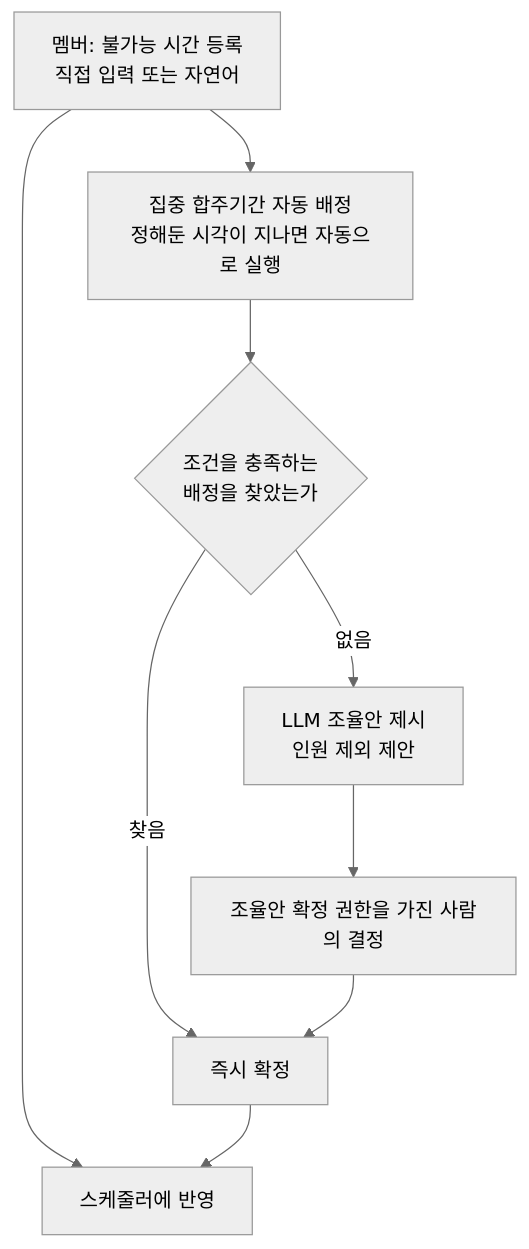
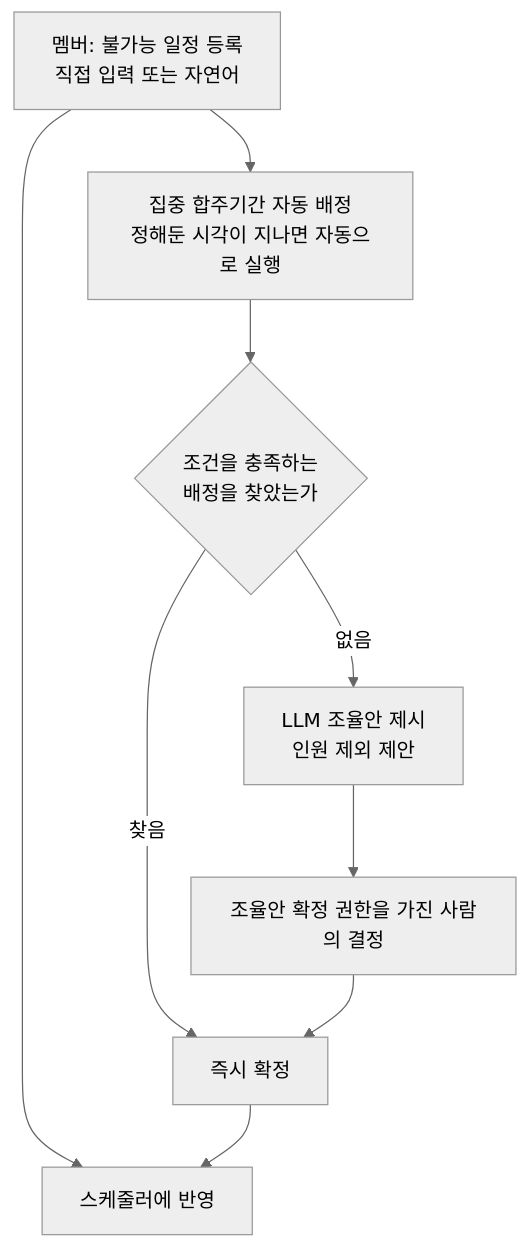
Before and after one commit to minkong-dev/Banblit: the diagram in .cluedoc/README.md, drawn with Mermaid (neutral theme). The commit also changed other lines of this file and 68 other files, not shown here.

````diff
--- a/.cluedoc/README.md
+++ b/.cluedoc/README.md
@@ -8,11 +8,11 @@
 ```mermaid
 flowchart TD
-    M[멤버: 불가능 시간 등록<br/>직접 입력 또는 자연어] --> S[스케줄러에 반영]
+    M[멤버: 불가능 일정 등록<br/>직접 입력 또는 자연어] --> S[스케줄러에 반영]
     M --> AA[집중 합주기간 자동 배정<br/>정해둔 시각이 지나면 자동으로 실행]
     AA --> Q{조건을 충족하는<br/>배정을 찾았는가}
     Q -->|찾음| C[즉시 확정]
     Q -->|없음| L[LLM 조율안 제시<br/>인원 제외 제안]
     L --> H[조율안 확정 권한을 가진 사람의 결정]
     H --> C
     C --> S
 ```
````
